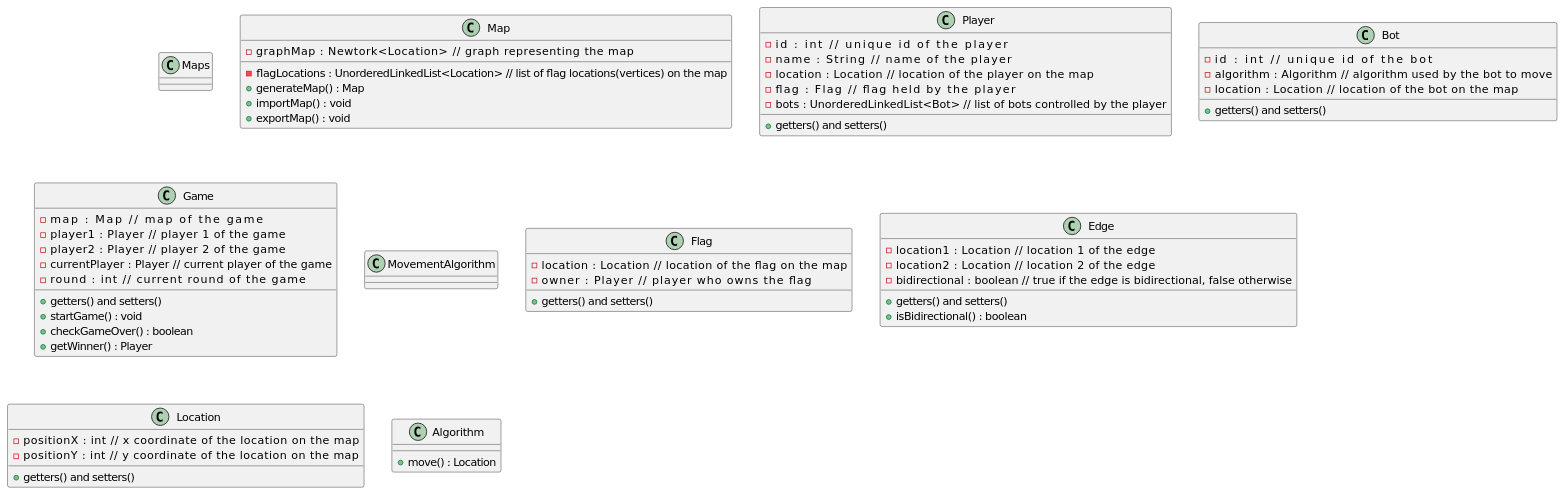
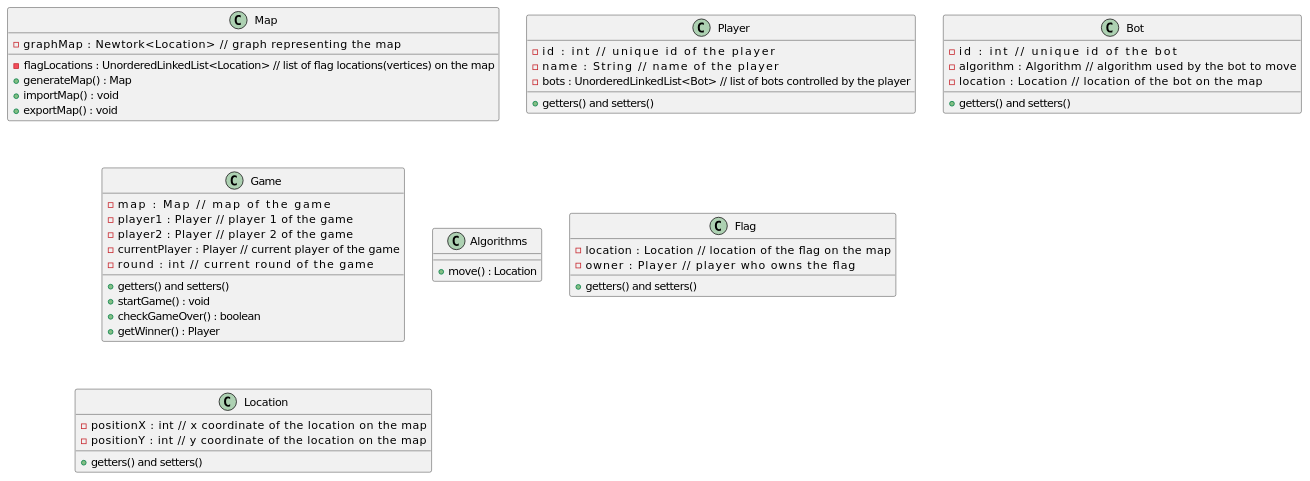
Before and after one commit to pedroteixeira2002/Project_ED: the diagram in app/src/main/resources/class_diagram.puml, drawn with PlantUML. The commit also changed 11 other files, not shown here.

Commit message:
Update class diagram Implementation Interfaces

```diff
--- a/app/src/main/resources/class_diagram.puml
+++ b/app/src/main/resources/class_diagram.puml
@@ -1,77 +1,67 @@
 @startuml
 'https://plantuml.com/class-diagram
 
-class Maps
 class Map
 class Player
 class Bot
 class Game
-class MovementAlgorithm
+class Algorithms
 class Flag
 
 class Game {
     - map : Map                    // map of the game
     - player1 : Player             // player 1 of the game
     - player2 : Player             // player 2 of the game
     - currentPlayer : Player       // current player of the game
     - round : int                  // current round of the game
     + getters() and setters()
     + startGame() : void
     + checkGameOver() : boolean
     + getWinner() : Player
 }
 
 class Map {
     - graphMap : Newtork<Location>                   // graph representing the map
     - flagLocations : UnorderedLinkedList<Location>  // list of flag locations(vertices) on the map
     + generateMap() : Map
     + importMap() : void
     + exportMap() : void
 }
 
-class Edge {
-    - location1 : Location            // location 1 of the edge
-    - location2 : Location            // location 2 of the edge
-    - bidirectional : boolean         // true if the edge is bidirectional, false otherwise
-    + getters() and setters()
-    + isBidirectional() : boolean
-}
 'Classe Correta Não Alterar'
 class Location {
     - positionX : int                 // x coordinate of the location on the map
     - positionY : int                 // y coordinate of the location on the map
     + getters() and setters()
 }
-
+'Classe Correta Não Alterar'
 class Flag {
     - location : Location              // location of the flag on the map
     - owner : Player                   // player who owns the flag
     + getters() and setters()
 }
 
 class Player {
     - id : int                         // unique id of the player
     - name : String                    // name of the player
-    - location : Location              // location of the player on the map
-    - flag : Flag                      // flag held by the player
-    - bots : UnorderedLinkedList<Bot>          // list of bots controlled by the player
+    - bots : UnorderedLinkedList<Bot>  // list of bots controlled by the player
     + getters() and setters()
 }
 class Bot {
     - id : int                         // unique id of the bot
     - algorithm : Algorithm            // algorithm used by the bot to move
     - location : Location              // location of the bot on the map
     + getters() and setters()
 
 }
 
-class Algorithm {
+class Algorithms {
     + move() : Location
 }
 
 
 
 
 
 
 @enduml
```
